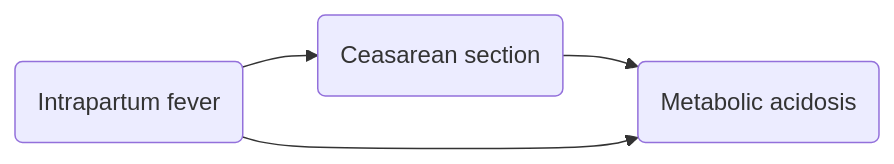
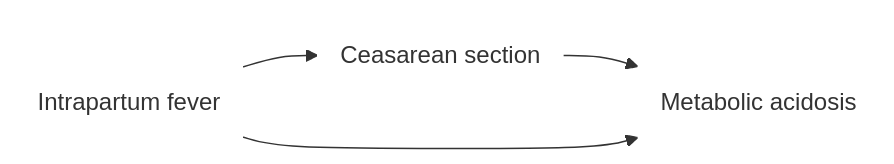
Before and after one commit to birth-outcomes/birth_outcomes_summary: the second of 4 diagrams in book_birth_outcomes_summary/design_treat_paradox.md, drawn with Mermaid. The commit also changed other lines of this file and 3 other files, not shown here.

`````diff
--- a/book_birth_outcomes_summary/design_treat_paradox.md
+++ b/book_birth_outcomes_summary/design_treat_paradox.md
@@ -29,13 +98,16 @@
 ````{mermaid}
   flowchart LR;
 
     %% Define the nodes and subgraphs
-    fever("Intrapartum fever")
-    cs("Ceasarean section")
-    met("Metabolic acidosis")
+    fever("Intrapartum fever"):::white;
+    cs("Ceasarean section"):::white;
+    met("Metabolic acidosis"):::white;
 
     %% Produce the figure
     fever --> cs;
     cs --> met;
     fever --> met;
+  
+    classDef white fill:#FFFFFF, stroke:#FFFFFF;
+    classDef black fill:#FFFFFF, stroke:#000000;
 ````
`````
